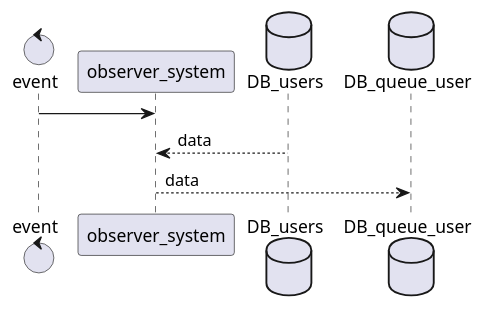
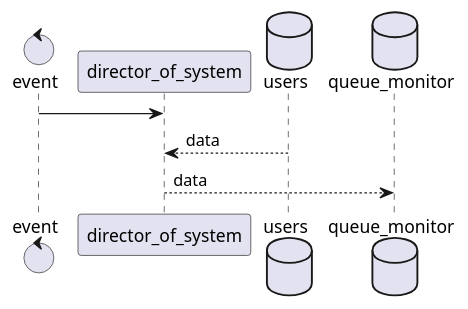
The first of 4 diagrams in docs/design.md (homura10059/find_sale_in_wishlist), drawn with PlantUML before and after one commit. The commit also changed other lines of this file, not shown here.

Commit message:
:recycle: change data model

````diff
--- a/docs/design.md
+++ b/docs/design.md
@@ -66,14 +64,14 @@
 ```puml
 @startuml
 
 control event
 
-event -> observer_system: 
+event -> director_of_system: 
 
-database DB_users
-database DB_queue_user
+database users
+database queue_monitor
 
-observer_system <-- DB_users :data
-observer_system --> DB_queue_user: data
+director_of_system <-- users :data
+director_of_system --> queue_monitor: data
 @enduml
 ```
````
